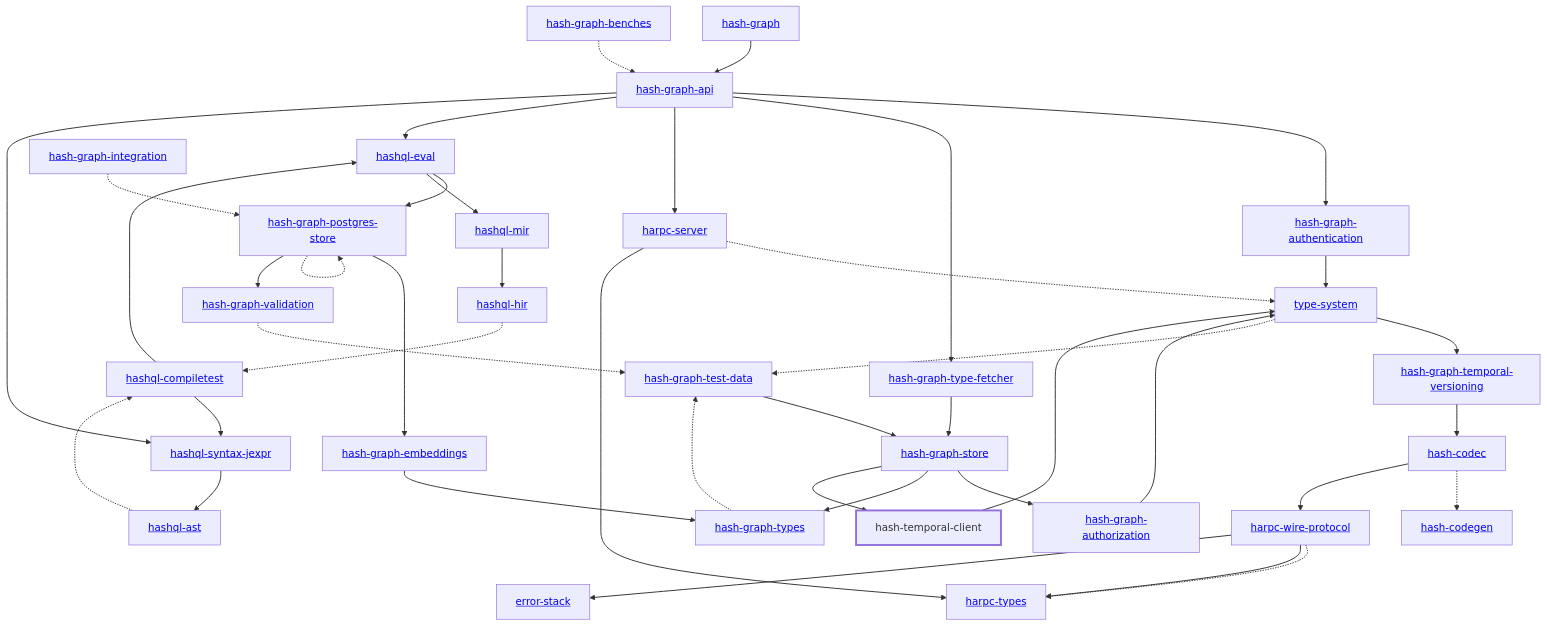
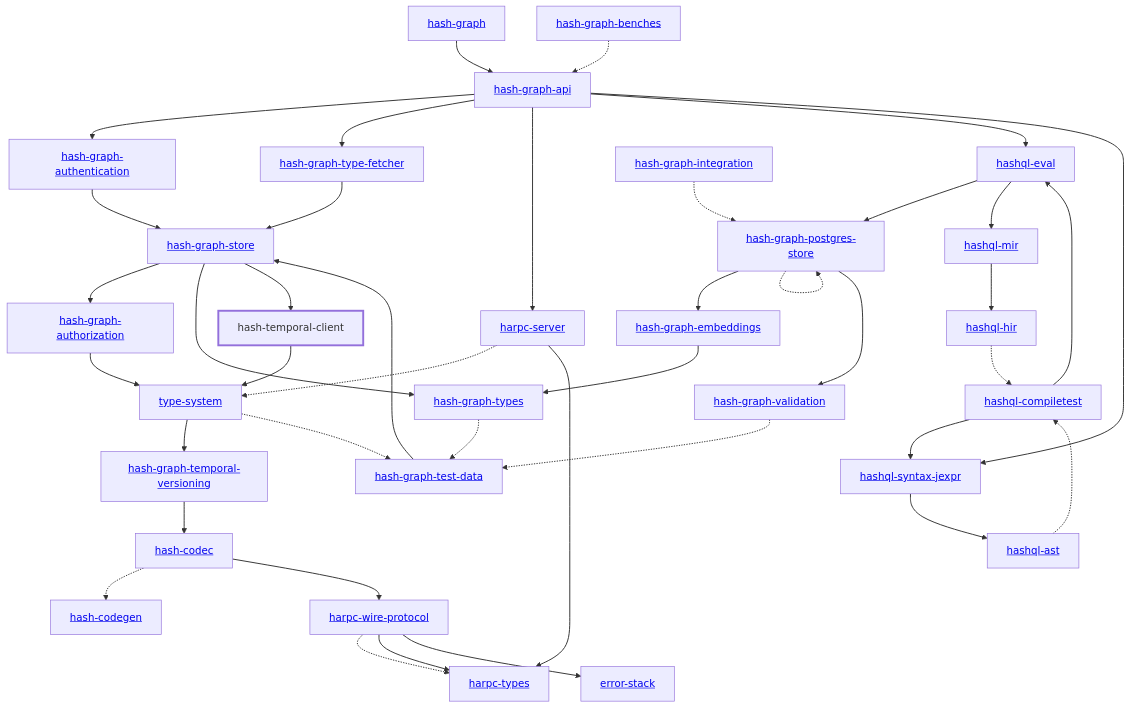
One commit to hashintel/hash changed the diagram in libs/@local/temporal-client/docs/dependency-diagram.mmd. Above: the diagram before and after it, drawn with Mermaid. The commit also changed 26 other files, not shown here.

Commit message:
BE-760: Verify Kratos sessions in the Graph API

```diff
--- a/libs/@local/temporal-client/docs/dependency-diagram.mmd
+++ b/libs/@local/temporal-client/docs/dependency-diagram.mmd
@@ -1,79 +1,79 @@
 graph TD
     linkStyle default stroke-width:1.5px
     classDef default stroke-width:1px
     classDef root stroke-width:3px
     classDef dev stroke-width:1px
     classDef build stroke-width:1px
     %% Legend
     %% --> : Normal dependency
     %% -.-> : Dev dependency
     %% ---> : Build dependency
     0[<a href="../hash_graph/index.html">hash-graph</a>]
     1[<a href="../type_system/index.html">type-system</a>]
     2[<a href="../hash_codec/index.html">hash-codec</a>]
     3[<a href="../hash_codegen/index.html">hash-codegen</a>]
     4[<a href="../hash_graph_api/index.html">hash-graph-api</a>]
     5[<a href="../hash_graph_authentication/index.html">hash-graph-authentication</a>]
     6[<a href="../hash_graph_authorization/index.html">hash-graph-authorization</a>]
     7[<a href="../hash_graph_embeddings/index.html">hash-graph-embeddings</a>]
     8[<a href="../hash_graph_postgres_store/index.html">hash-graph-postgres-store</a>]
     9[<a href="../hash_graph_store/index.html">hash-graph-store</a>]
     10[<a href="../hash_graph_temporal_versioning/index.html">hash-graph-temporal-versioning</a>]
     11[<a href="../hash_graph_type_fetcher/index.html">hash-graph-type-fetcher</a>]
     12[<a href="../hash_graph_types/index.html">hash-graph-types</a>]
     13[<a href="../hash_graph_validation/index.html">hash-graph-validation</a>]
     14[<a href="../harpc_server/index.html">harpc-server</a>]
     15[<a href="../harpc_types/index.html">harpc-types</a>]
     16[<a href="../harpc_wire_protocol/index.html">harpc-wire-protocol</a>]
     17[<a href="../hashql_ast/index.html">hashql-ast</a>]
     18[<a href="../hashql_compiletest/index.html">hashql-compiletest</a>]
     19[<a href="../hashql_eval/index.html">hashql-eval</a>]
     20[<a href="../hashql_hir/index.html">hashql-hir</a>]
     21[<a href="../hashql_mir/index.html">hashql-mir</a>]
     22[<a href="../hashql_syntax_jexpr/index.html">hashql-syntax-jexpr</a>]
     23[hash-temporal-client]
     class 23 root
     24[<a href="../error_stack/index.html">error-stack</a>]
     25[<a href="../hash_graph_benches/index.html">hash-graph-benches</a>]
     26[<a href="../hash_graph_integration/index.html">hash-graph-integration</a>]
     27[<a href="../hash_graph_test_data/index.html">hash-graph-test-data</a>]
     0 --> 4
     1 --> 10
     1 -.-> 27
     2 -.-> 3
     2 --> 16
     4 --> 5
     4 --> 11
     4 --> 14
     4 --> 19
     4 --> 22
-    5 --> 1
+    5 --> 9
     6 --> 1
     7 --> 12
     8 --> 7
     8 -.-> 8
     8 --> 13
     9 --> 6
     9 --> 12
     9 --> 23
     10 --> 2
     11 --> 9
     12 -.-> 27
     13 -.-> 27
     14 -.-> 1
     14 --> 15
     16 -.-> 15
     16 --> 15
     16 --> 24
     17 -.-> 18
     18 --> 19
     18 --> 22
     19 --> 8
     19 --> 21
     20 -.-> 18
     21 --> 20
     22 --> 17
     23 --> 1
     25 -.-> 4
     26 -.-> 8
     27 --> 9
```
